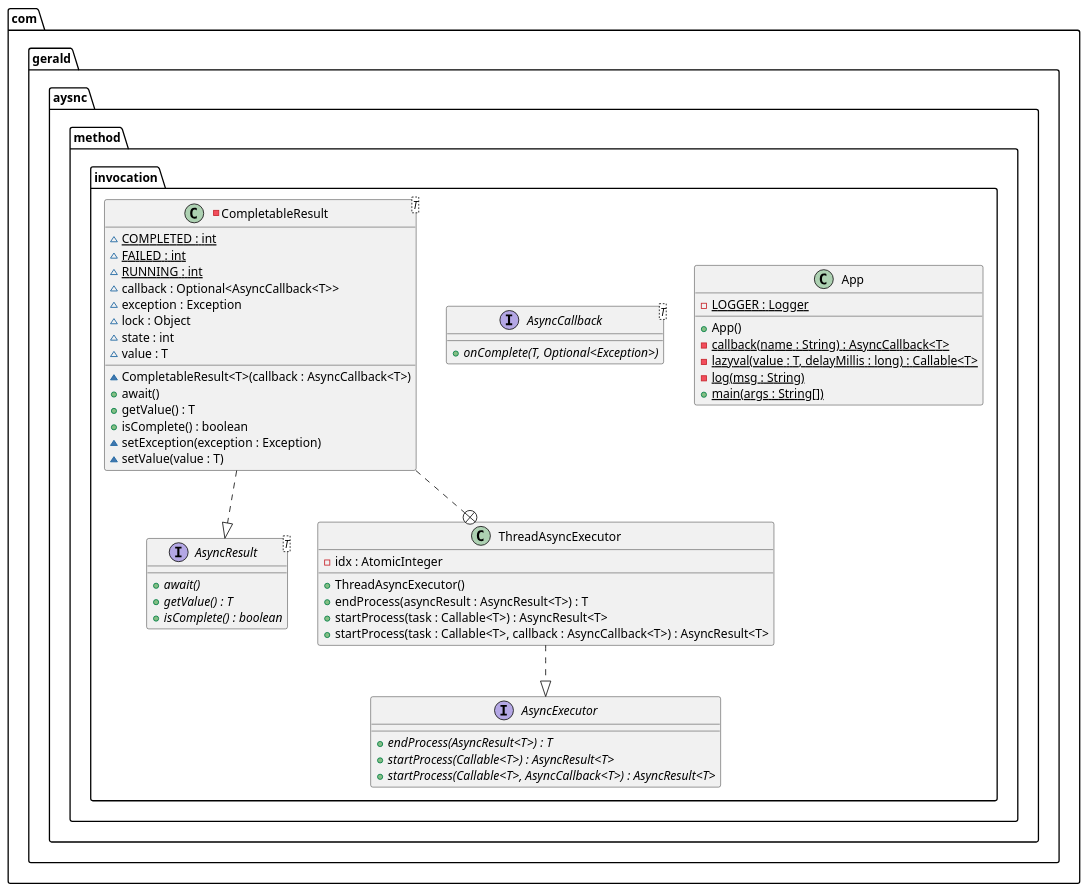
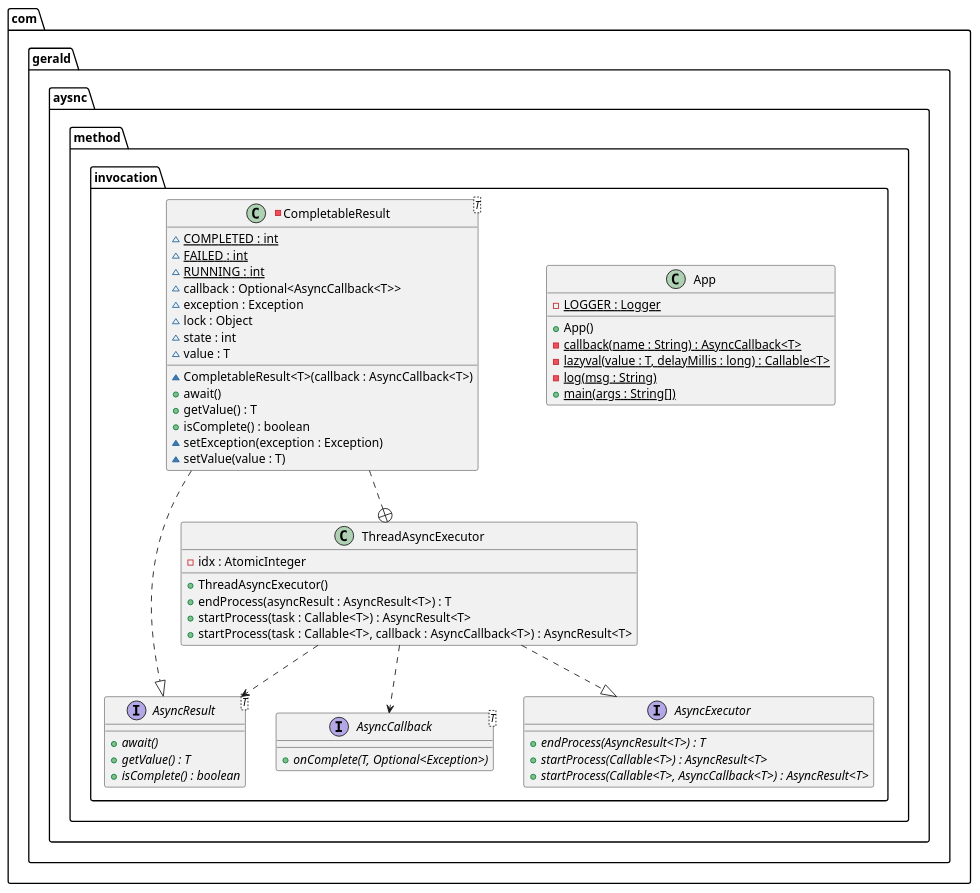
The diagram in aysnc-method-invocation/etc/aysnc-method-invocation.urm.puml (wankaiss/java-design-patterns), drawn with PlantUML before and after one commit. The commit also changed 2 other files, not shown here.

Commit message:
async-method-invocation pattern code init

```diff
--- a/aysnc-method-invocation/etc/aysnc-method-invocation.urm.puml
+++ b/aysnc-method-invocation/etc/aysnc-method-invocation.urm.puml
@@ -1,51 +1,53 @@
 @startuml
 package com.gerald.aysnc.method.invocation {
   class App {
     - LOGGER : Logger {static}
     + App()
     - callback(name : String) : AsyncCallback<T> {static}
     - lazyval(value : T, delayMillis : long) : Callable<T> {static}
     - log(msg : String) {static}
     + main(args : String[]) {static}
   }
   interface AsyncCallback<T> {
     + onComplete(T, Optional<Exception>) {abstract}
   }
   interface AsyncExecutor {
     + endProcess(AsyncResult<T>) : T {abstract}
     + startProcess(Callable<T>) : AsyncResult<T> {abstract}
     + startProcess(Callable<T>, AsyncCallback<T>) : AsyncResult<T> {abstract}
   }
   interface AsyncResult<T> {
     + await() {abstract}
     + getValue() : T {abstract}
     + isComplete() : boolean {abstract}
   }
   class ThreadAsyncExecutor {
     - idx : AtomicInteger
     + ThreadAsyncExecutor()
     + endProcess(asyncResult : AsyncResult<T>) : T
     + startProcess(task : Callable<T>) : AsyncResult<T>
     + startProcess(task : Callable<T>, callback : AsyncCallback<T>) : AsyncResult<T>
   }
   -class CompletableResult<T> {
     ~ COMPLETED : int {static}
     ~ FAILED : int {static}
     ~ RUNNING : int {static}
     ~ callback : Optional<AsyncCallback<T>>
     ~ exception : Exception
     ~ lock : Object
     ~ state : int
     ~ value : T
     ~ CompletableResult<T>(callback : AsyncCallback<T>)
     + await()
     + getValue() : T
     + isComplete() : boolean
     ~ setException(exception : Exception)
     ~ setValue(value : T)
   }
 }
 CompletableResult ..+ ThreadAsyncExecutor
 ThreadAsyncExecutor ..|> AsyncExecutor 
-CompletableResult ..|> AsyncResult 
+CompletableResult ..|> AsyncResult
+ThreadAsyncExecutor ..> AsyncResult
+ThreadAsyncExecutor ..> AsyncCallback
 @enduml
```
